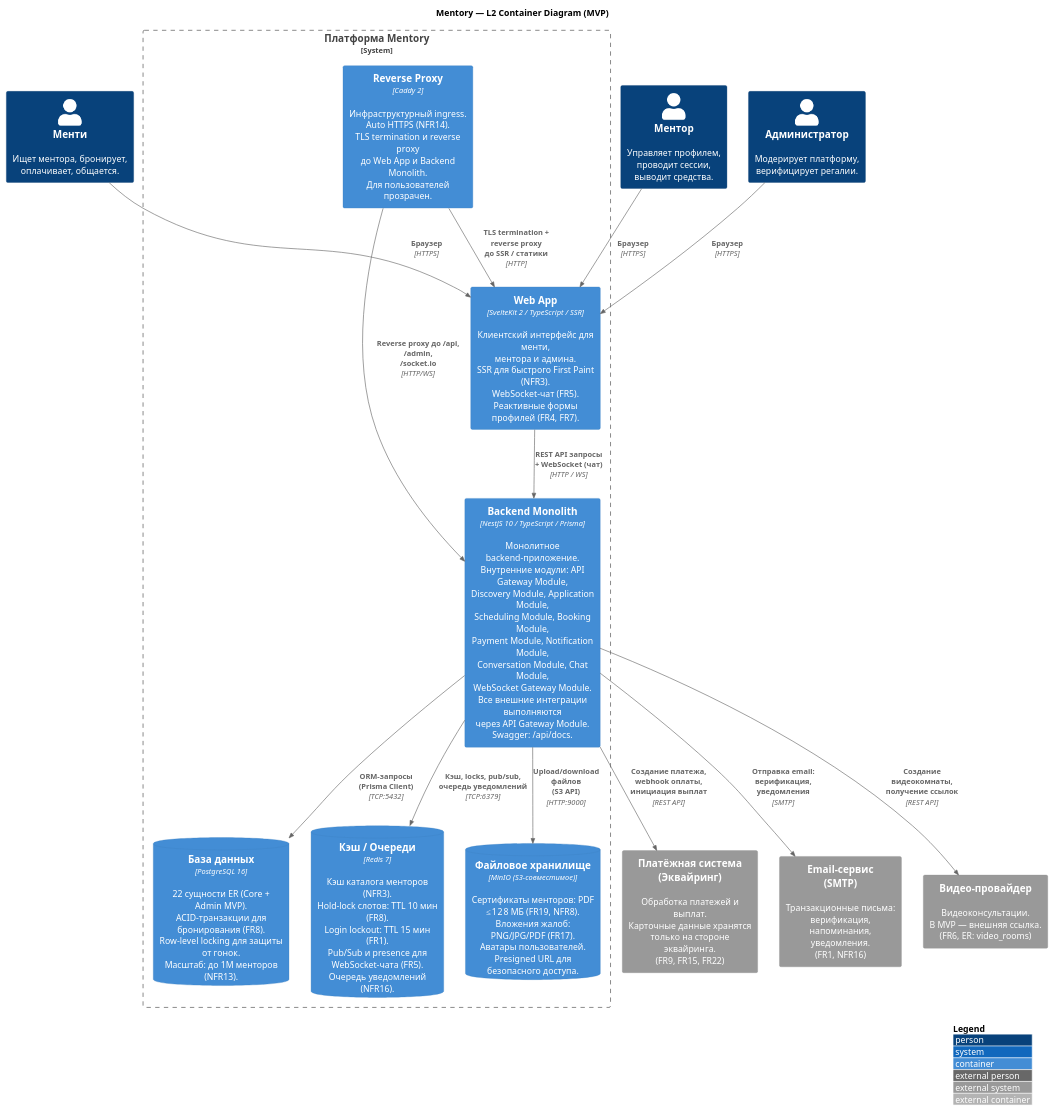
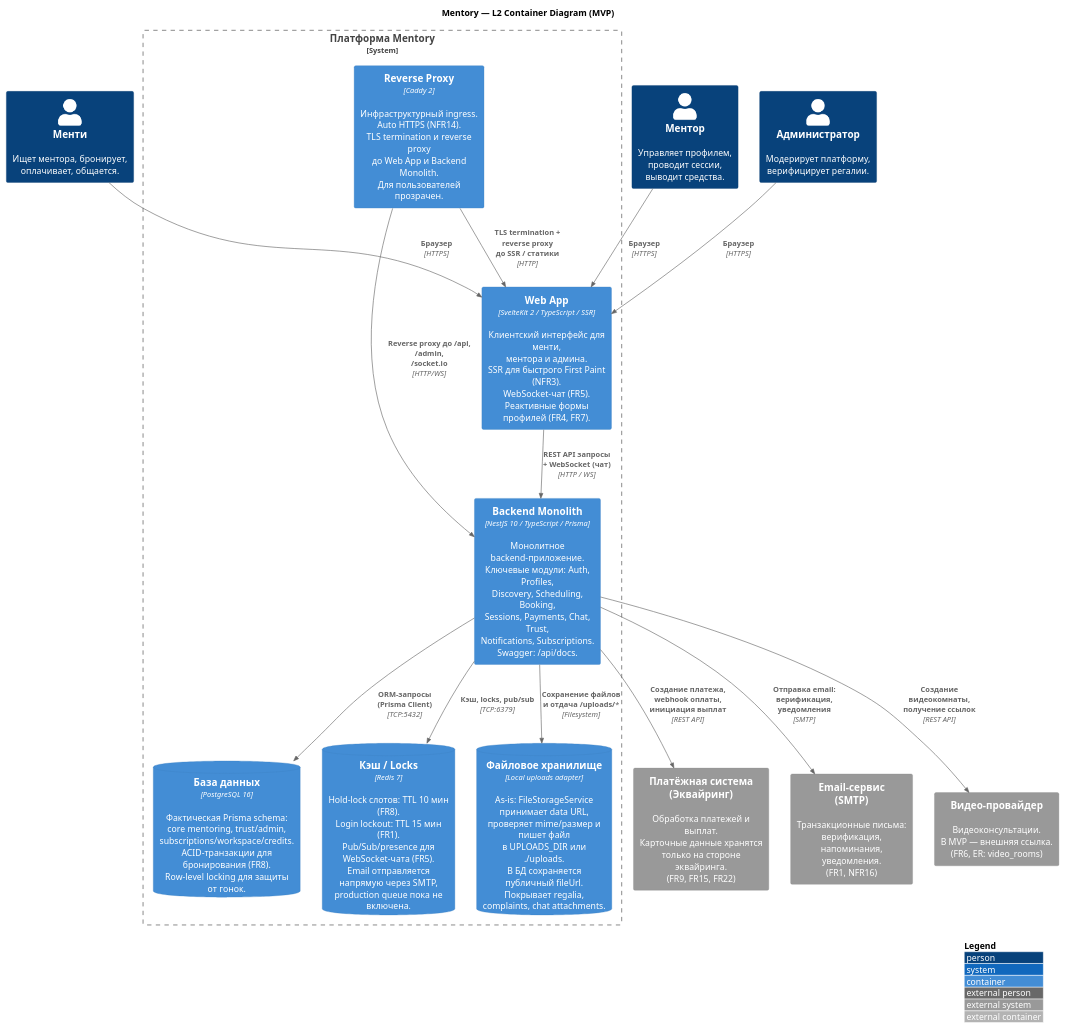
The diagram in product/с4_and_sequence/c4-L2-containers.puml (tdrkn/mentory), drawn with PlantUML before and after one commit. The commit also changed 62 other files, not shown here.

Commit message:
feat: align report flows and frontend qa

```diff
--- a/product/с4_and_sequence/c4-L2-containers.puml
+++ b/product/с4_and_sequence/c4-L2-containers.puml
@@ -1,142 +1,150 @@
 @startuml
 !include https://raw.githubusercontent.com/plantuml-stdlib/C4-PlantUML/master/C4_Container.puml
 
 LAYOUT_WITH_LEGEND()
 title Mentory — L2 Container Diagram (MVP)
+
+' Диаграмма описывает текущую реализацию as-is.
+' Формулировка "микросервисная архитектура" из последнего DOCX-отчета
+' сохранена как target/report wording, но код сейчас является modular monolith.
 
 ' ============================================================
 ' ОБОСНОВАНИЯ ВЫБОРА ТЕХНОЛОГИЙ
 ' ============================================================
 '
 ' 1) SvelteKit 2 (Frontend / SSR)
 '    — Предпосылки:
 '      • NFR3: время загрузки ≤1с при 1000 запросах → SSR обеспечивает
 '        быстрый First Contentful Paint без ожидания JS-бандла;
 '      • FR4, FR7: сложные формы профилей менти/ментора → реактивность
 '        Svelte упрощает валидацию на клиенте;
 '      • FR5: чат в реальном времени → встроенная поддержка WebSocket
 '        через socket.io-client;
 '      • Макеты: каталог менторов, профиль, чат, дашборд — требуют
 '        отзывчивого UI с минимальным JS overhead;
 '      • Svelte компилирует в vanilla JS → меньший бандл → быстрее
 '        загрузка (критично для NFR3/NFR15).
 '
 ' 2) NestJS 10 (Backend Monolith)
 '    — Предпосылки:
 '      • FR1-FR22: 22 функциональных требования → модульная архитектура
 '        NestJS (модуль на домен) обеспечивает масштабируемость кодовой базы;
 '      • NFR14: доступность 99.9% → middleware для health-checks,
 '        graceful shutdown, structured logging;
 '      • NFR3/NFR15: до 50000 одновременных пользователей → Node.js
 '        event loop эффективен для I/O-bound нагрузки (чат, API);
 '      • FR22: интеграция с эквайрингом через webhook → NestJS guards/pipes
 '        обеспечивают валидацию входящих данных;
 '      • ER: 15+ сущностей Core MVP → Prisma ORM + NestJS modules
 '        дают чёткую границу между доменами;
 '      • Единый язык TypeScript для FE/BE → общие типы через
 '        packages/shared (DTO, enum-ы статусов из ER).
 '
 ' 3) PostgreSQL 16 (Database)
 '    — Предпосылки:
-'      • ER: 22 сущности с FK-связями → реляционная модель необходима
+'      • Prisma schema содержит связанные домены core/trust/subscriptions →
+'        реляционная модель необходима
 '        для целостности данных (sessions ↔ payments ↔ slots);
 '      • FR8, FR11: бронирование слотов с защитой от гонок → PostgreSQL
 '        поддерживает row-level locking и SERIALIZABLE транзакции;
 '      • NFR13: до 1 000 000 менторов × 1000 заявок → PostgreSQL
 '        масштабируется до миллиардов записей с правильной индексацией;
 '      • NFR5, NFR6: хранение исторических данных 6 месяцев → нативная
 '        поддержка partitioning по дате;
 '      • ER: text[], json поля (goals, payload_json) → PostgreSQL
 '        поддерживает массивы и JSONB нативно.
 '
 ' 4) Redis 7 (Cache + Session + Lock)
 '    — Предпосылки:
 '      • FR8 / Booking hold: 10-минутный hold слота → Redis TTL ключей
 '        для автоматического истечения hold (ER: slots.status: held);
 '      • NFR3: ≤1с ответ при 1000 запросах → кэширование каталога
 '        менторов, профилей, результатов поиска;
 '      • FR5: WebSocket-чат → Redis Pub/Sub для доставки событий
 '        при горизонтальном масштабировании;
 '      • FR1: lockout после 5 неудач → Redis counter с TTL 15 мин
 '        (ER: users.failed_login_attempts, login_locked_until).
 '
-' 5) MinIO / S3 (Object Storage)
+' 5) Upload/File Storage Boundary
 '    — Предпосылки:
-'      • NFR8: PDF до 128 МБ → файловое хранилище отделено от БД;
-'      • FR19: сертификаты менторов → безопасное хранение с presigned URL;
-'      • FR17: вложения жалоб (.png, .jpg, .pdf) → S3-совместимый API;
+'      • NFR8: PDF до 128 МБ → файлы не должны храниться base64 в JSON;
+'      • FR19: сертификаты менторов и FR17: вложения жалоб должны жить
+'        в файловой подсистеме, а не в теле бизнес-сущностей;
+'      • As-is: FileStorageService сохраняет data URL в local uploads
+'        и возвращает публичный /uploads/* URL;
+'      • MinIO остается в dev infra как возможная production/S3 замена.
 '      • ER: mentor_regalia.file_url, complaint_attachments.file_url.
 '
 ' 6) Caddy 2 (Reverse Proxy)
 '    — Предпосылки:
 '      • NFR14: доступность 99.9% → автоматический HTTPS, zero-downtime
 '        перезагрузка конфигурации;
 '      • Маршрутизация: /api/* → API, /admin* → AdminJS, /socket.io → WS,
 '        остальное → Web;
 '      • Проще в настройке чем Nginx для auto-TLS сценария.
 '
 ' 7) Email-сервис (SMTP / MailHog в dev)
 '    — Предпосылки:
 '      • FR1: подтверждение email при регистрации;
 '      • NFR16: уведомления на почту;
 '      • ER: users.is_email_verified, notifications.type.
 '
 ' ============================================================
 
 ' --- Акторы ---
 Person(mentee, "Менти", "Ищет ментора, бронирует,\nоплачивает, общается.")
 Person(mentor, "Ментор", "Управляет профилем,\nпроводит сессии,\nвыводит средства.")
 Person(admin, "Администратор", "Модерирует платформу,\nверифицирует регалии.")
 
 ' --- System Boundary ---
 System_Boundary(mentory, "Платформа Mentory") {
 
     ' Frontend
     Container(web, "Web App", "SvelteKit 2 / TypeScript / SSR", "Клиентский интерфейс для менти,\nментора и админа.\nSSR для быстрого First Paint (NFR3).\nWebSocket-чат (FR5).\nРеактивные формы профилей (FR4, FR7).")
 
     ' Backend
-    Container(api, "Backend Monolith", "NestJS 10 / TypeScript / Prisma", "Монолитное backend-приложение.\nВнутренние модули: API Gateway Module,\nDiscovery Module, Application Module,\nScheduling Module, Booking Module,\nPayment Module, Notification Module,\nConversation Module, Chat Module,\nWebSocket Gateway Module.\nВсе внешние интеграции выполняются\nчерез API Gateway Module.\nSwagger: /api/docs.")
+    Container(api, "Backend Monolith", "NestJS 10 / TypeScript / Prisma", "Монолитное backend-приложение.\nКлючевые модули: Auth, Profiles,\nDiscovery, Scheduling, Booking,\nSessions, Payments, Chat, Trust,\nNotifications, Subscriptions.\nSwagger: /api/docs.")
 
     ' Database
-    ContainerDb(db, "База данных", "PostgreSQL 16", "22 сущности ER (Core + Admin MVP).\nACID-транзакции для бронирования (FR8).\nRow-level locking для защиты от гонок.\nМасштаб: до 1М менторов (NFR13).")
+    ContainerDb(db, "База данных", "PostgreSQL 16", "Фактическая Prisma schema:\ncore mentoring, trust/admin,\nsubscriptions/workspace/credits.\nACID-транзакции для бронирования (FR8).\nRow-level locking для защиты от гонок.")
 
     ' Cache
-    ContainerDb(redis, "Кэш / Очереди", "Redis 7", "Кэш каталога менторов (NFR3).\nHold-lock слотов: TTL 10 мин (FR8).\nLogin lockout: TTL 15 мин (FR1).\nPub/Sub и presence для WebSocket-чата (FR5).\nОчередь уведомлений (NFR16).")
+    ContainerDb(redis, "Кэш / Locks", "Redis 7", "Hold-lock слотов: TTL 10 мин (FR8).\nLogin lockout: TTL 15 мин (FR1).\nPub/Sub/presence для WebSocket-чата (FR5).\nEmail отправляется напрямую через SMTP,\nproduction queue пока не включена.")
 
-    ' Object Storage
-    ContainerDb(minio, "Файловое хранилище", "MinIO (S3-совместимое)", "Сертификаты менторов: PDF ≤128 МБ (FR19, NFR8).\nВложения жалоб: PNG/JPG/PDF (FR17).\nАватары пользователей.\nPresigned URL для безопасного доступа.")
+    ' Upload storage boundary
+    ContainerDb(localUploads, "Файловое хранилище", "Local uploads adapter", "As-is: FileStorageService принимает data URL,\nпроверяет mime/размер и пишет файл\nв UPLOADS_DIR или ./uploads.\nВ БД сохраняется публичный fileUrl.\nПокрывает regalia, complaints, chat attachments.")
 
     ' Reverse Proxy
     Container(caddy, "Reverse Proxy", "Caddy 2", "Инфраструктурный ingress.\nAuto HTTPS (NFR14).\nTLS termination и reverse proxy\nдо Web App и Backend Monolith.\nДля пользователей прозрачен.")
 }
 
 ' --- Внешние системы ---
 System_Ext(payment, "Платёжная система\n(Эквайринг)", "Обработка платежей и выплат.\nКарточные данные хранятся\nтолько на стороне эквайринга.\n(FR9, FR15, FR22)")
 
 System_Ext(email_ext, "Email-сервис\n(SMTP)", "Транзакционные письма:\nверификация, напоминания,\nуведомления.\n(FR1, NFR16)")
 
 System_Ext(video, "Видео-провайдер", "Видеоконсультации.\nВ MVP — внешняя ссылка.\n(FR6, ER: video_rooms)")
 
 ' --- Связи: Акторы → Web App ---
 Rel(mentee, web, "Браузер", "HTTPS")
 Rel(mentor, web, "Браузер", "HTTPS")
 Rel(admin, web, "Браузер", "HTTPS")
 
 ' --- Связи: Reverse Proxy → Контейнеры ---
 Rel(caddy, web, "TLS termination + reverse proxy\nдо SSR / статики", "HTTP")
 Rel(caddy, api, "Reverse proxy до /api, /admin,\n/socket.io", "HTTP/WS")
 
 ' --- Связи: Web ↔ API ---
 Rel(web, api, "REST API запросы\n+ WebSocket (чат)", "HTTP / WS")
 
 ' --- Связи: API → Хранилища ---
 Rel(api, db, "ORM-запросы\n(Prisma Client)", "TCP:5432")
-Rel(api, redis, "Кэш, locks, pub/sub,\nочередь уведомлений", "TCP:6379")
-Rel(api, minio, "Upload/download файлов\n(S3 API)", "HTTP:9000")
+Rel(api, redis, "Кэш, locks, pub/sub", "TCP:6379")
+Rel(api, localUploads, "Сохранение файлов\nи отдача /uploads/*", "Filesystem")
 
 ' --- Связи: API → Внешние системы ---
 Rel(api, payment, "Создание платежа,\nwebhook оплаты,\nинициация выплат", "REST API")
 Rel(api, email_ext, "Отправка email:\nверификация, уведомления", "SMTP")
 Rel(api, video, "Создание видеокомнаты,\nполучение ссылок", "REST API")
 
 @enduml
```
